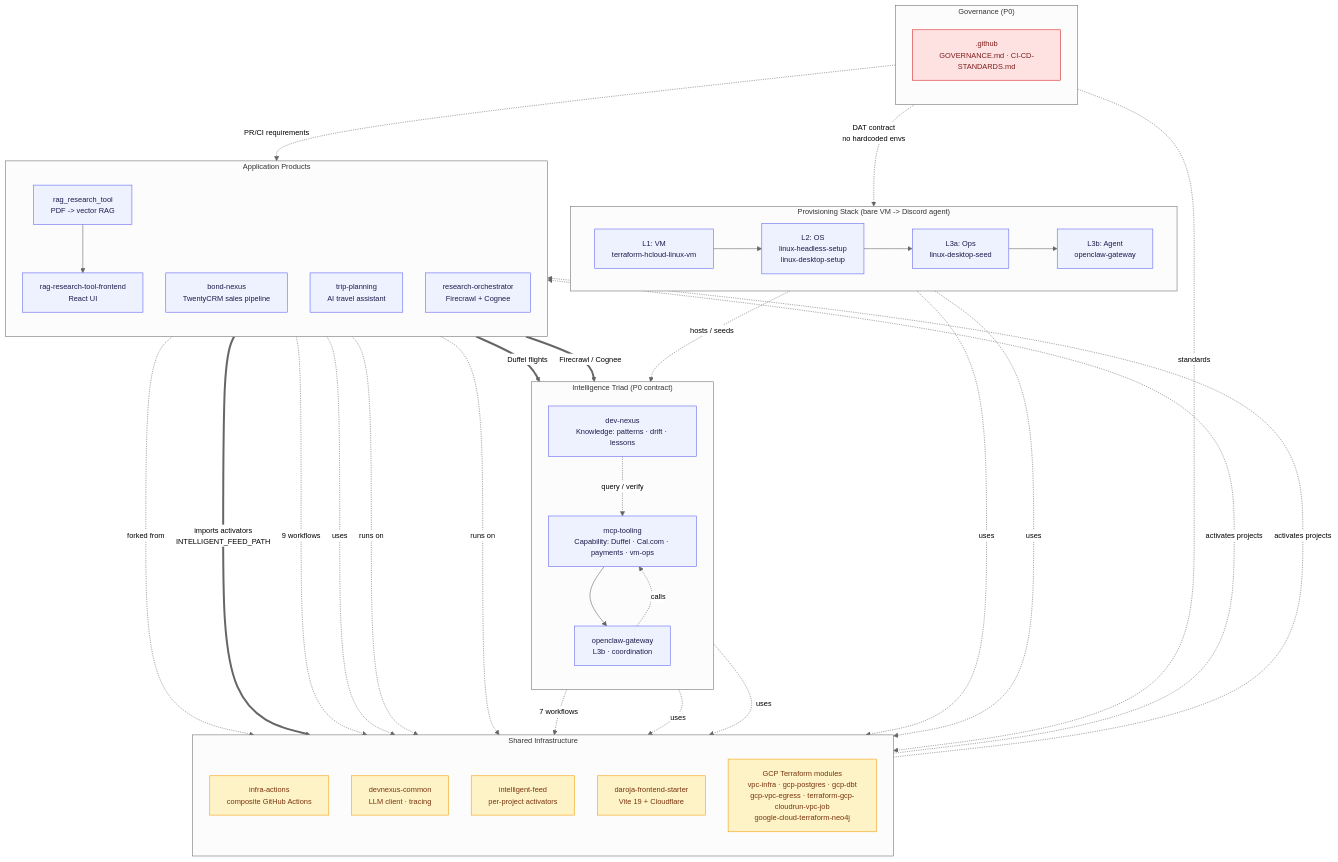
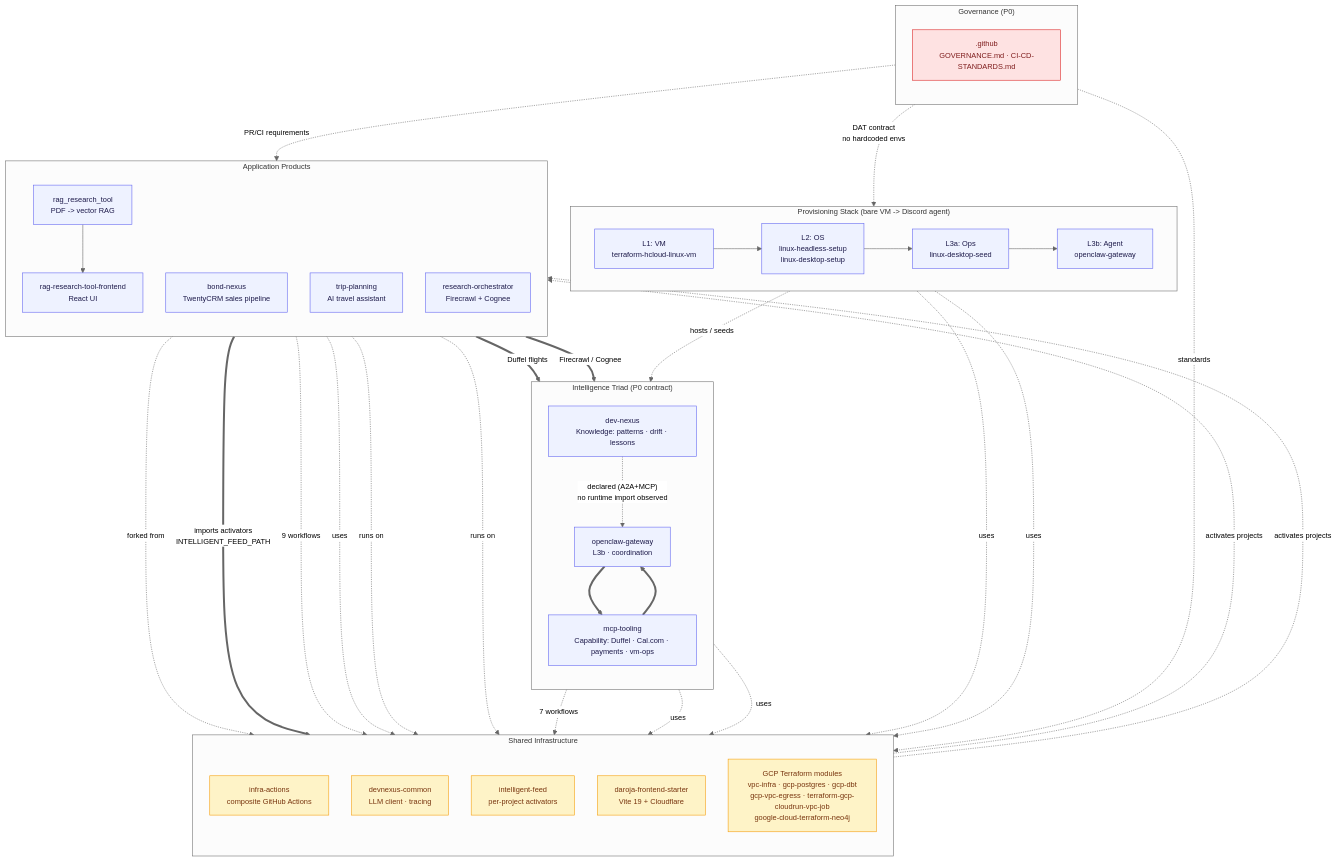
The diagram in diagrams/org-cto-overview.mermaid (DarojaAI/linux-headless-setup), drawn with Mermaid before and after one commit. The commit also changed 3 other files, not shown here.

First line of the commit message:
docs(org-overview): correct triad wiring diagram, add audit table

```diff
--- a/diagrams/org-cto-overview.mermaid
+++ b/diagrams/org-cto-overview.mermaid
@@ -1,113 +1,125 @@
 %%{init: {
   "theme": "neutral",
   "flowchart": {"curve": "basis", "htmlLabels": true, "nodeSpacing": 40, "rankSpacing": 60},
   "themeVariables": {
     "fontSize": "13px",
     "fontFamily": "ui-sans-serif, system-ui, sans-serif"
   }
 }}%%
 flowchart TB
 
 %% ============================================================
 %% GOVERNANCE
 %% ============================================================
 subgraph GOV["Governance (P0)"]
   direction TB
   GITHUB[".github<br/>GOVERNANCE.md · CI-CD-STANDARDS.md"]
 end
 
 %% ============================================================
 %% SHARED INFRA (cross-cutting, drawn on the left)
 %% ============================================================
 subgraph SHARED["Shared Infrastructure"]
   direction TB
   INFRA["infra-actions<br/>composite GitHub Actions"]
   DEVNEX_COMMON["devnexus-common<br/>LLM client · tracing"]
   INTEL_FEED["intelligent-feed<br/>per-project activators"]
   FRONTEND_STARTER["daroja-frontend-starter<br/>Vite 19 + Cloudflare"]
   GCP_MODULES["GCP Terraform modules<br/>vpc-infra · gcp-postgres · gcp-dbt<br/>gcp-vpc-egress · terraform-gcp-cloudrun-vpc-job<br/>google-cloud-terraform-neo4j"]
 end
 
 %% ============================================================
 %% PROVISIONING STACK (L1 -> L2 -> L3a -> L3b)
 %% ============================================================
 subgraph PROV["Provisioning Stack (bare VM -> Discord agent)"]
   direction LR
   L1["L1: VM<br/>terraform-hcloud-linux-vm"]
   L2["L2: OS<br/>linux-headless-setup<br/>linux-desktop-setup"]
   L3A["L3a: Ops<br/>linux-desktop-seed"]
   L3B["L3b: Agent<br/>openclaw-gateway"]
   L1 --> L2 --> L3A --> L3B
 end
 
 %% ============================================================
 %% INTELLIGENCE TRIAD (knowledge / capability / coordination)
+%% Audited 2026-06-24: only gateway->mcp-tooling is wired at runtime.
+%% dev-nexus<->gateway is declared in the boundary doc, not observed.
+%% dev-nexus<->mcp-tooling is doc-references only (parallel shape).
 %% ============================================================
 subgraph TRIAD["Intelligence Triad (P0 contract)"]
   direction TB
   KNOW["dev-nexus<br/>Knowledge: patterns · drift · lessons"]
   CAP["mcp-tooling<br/>Capability: Duffel · Cal.com · payments · vm-ops"]
   COORD["openclaw-gateway<br/>L3b · coordination"]
-  KNOW -. "query / verify" .-> CAP
-  CAP --> COORD
-  COORD -. "calls" .-> CAP
+  KNOW -. "declared (A2A+MCP)<br/>no runtime import observed" .-> COORD
+  CAP ==> COORD
+  COORD ==> CAP
 end
 
 %% ============================================================
 %% APPLICATION PRODUCTS
 %% ============================================================
 subgraph APPS["Application Products"]
   direction TB
   RAG["rag_research_tool<br/>PDF -> vector RAG"]
   RAG_FE["rag-research-tool-frontend<br/>React UI"]
   BOND["bond-nexus<br/>TwentyCRM sales pipeline"]
   TRIP["trip-planning<br/>AI travel assistant"]
   RO["research-orchestrator<br/>Firecrawl + Cognee"]
 end
 
 %% ============================================================
 %% WIRE-UP: cross-stack edges
 %% ============================================================
 
 %% Provisioning -> triad
 L3A -. "hosts / seeds" .-> COORD
 
 %% Apps -> triad capability
 TRIP == "Duffel flights" ==> CAP
 RO == "Firecrawl / Cognee" ==> CAP
 
 %% Apps -> shared
 RAG --> RAG_FE
 RAG_FE -. "forked from" .-> FRONTEND_STARTER
 RO == "imports activators<br/>INTELLIGENT_FEED_PATH" ==> INTEL_FEED
 INTEL_FEED -. "activates projects" .-> RAG
 INTEL_FEED -. "activates projects" .-> BOND
 
 %% Cross-cutting shared usage
 L3A -. "uses" .-> INFRA
 RAG -. "9 workflows" .-> INFRA
 KNOW -. "7 workflows" .-> INFRA
 L3B -. "uses" .-> DEVNEX_COMMON
 KNOW -. "uses" .-> DEVNEX_COMMON
 CAP -. "uses" .-> DEVNEX_COMMON
 RAG -. "uses" .-> DEVNEX_COMMON
 
+%% ============================================================
+%% LEGEND (audited edge semantics, 2026-06-24)
+%%   -->  direct call / data flow
+%%   ==>  confirmed runtime integration
+%%   -.-> "uses" / consumer relationship
+%%   -. "declared (unverified)" .->  contract or doc reference,
+%%                                    no runtime evidence
+%% ============================================================
+
 %% Apps on GCP infra
 RAG -. "runs on" .-> GCP_MODULES
 RO -. "runs on" .-> GCP_MODULES
 
 %% Governance
 GITHUB -. "standards" .-> INFRA
 GITHUB -. "DAT contract<br/>no hardcoded envs" .-> L3B
 GITHUB -. "PR/CI requirements" .-> RAG
 
 %% ============================================================
 %% Styling
 %% ============================================================
 classDef stack fill:#eef2ff,stroke:#6366f1,stroke-width:1px,color:#1e1b4b;
 classDef shared fill:#fef3c7,stroke:#f59e0b,stroke-width:1px,color:#78350f;
 classDef gov fill:#fee2e2,stroke:#dc2626,stroke-width:1px,color:#7f1d1d;
 
 class L1,L2,L3A,L3B,KNOW,CAP,COORD,RAG,RAG_FE,BOND,TRIP,RO stack;
 class INFRA,DEVNEX_COMMON,INTEL_FEED,FRONTEND_STARTER,GCP_MODULES shared;
 class GITHUB gov;
```
